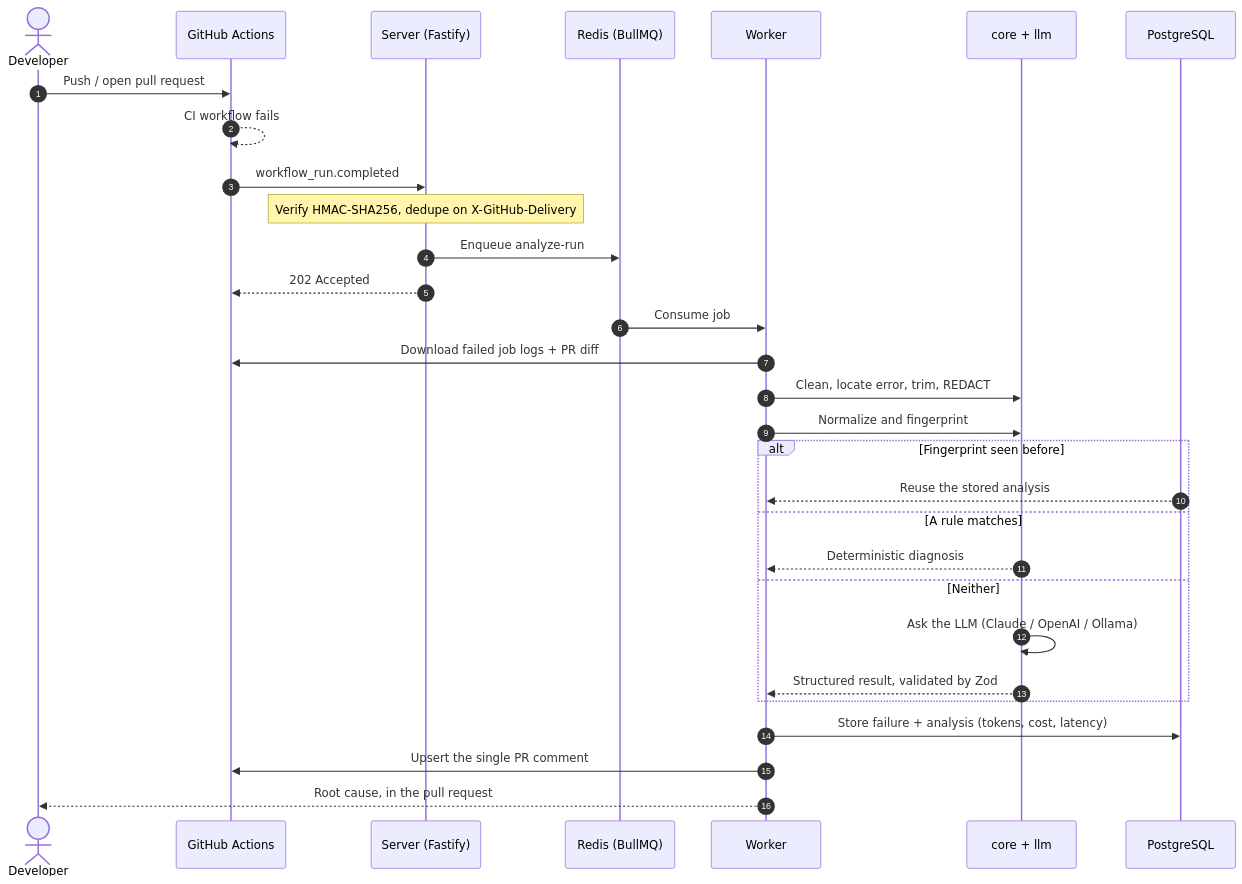
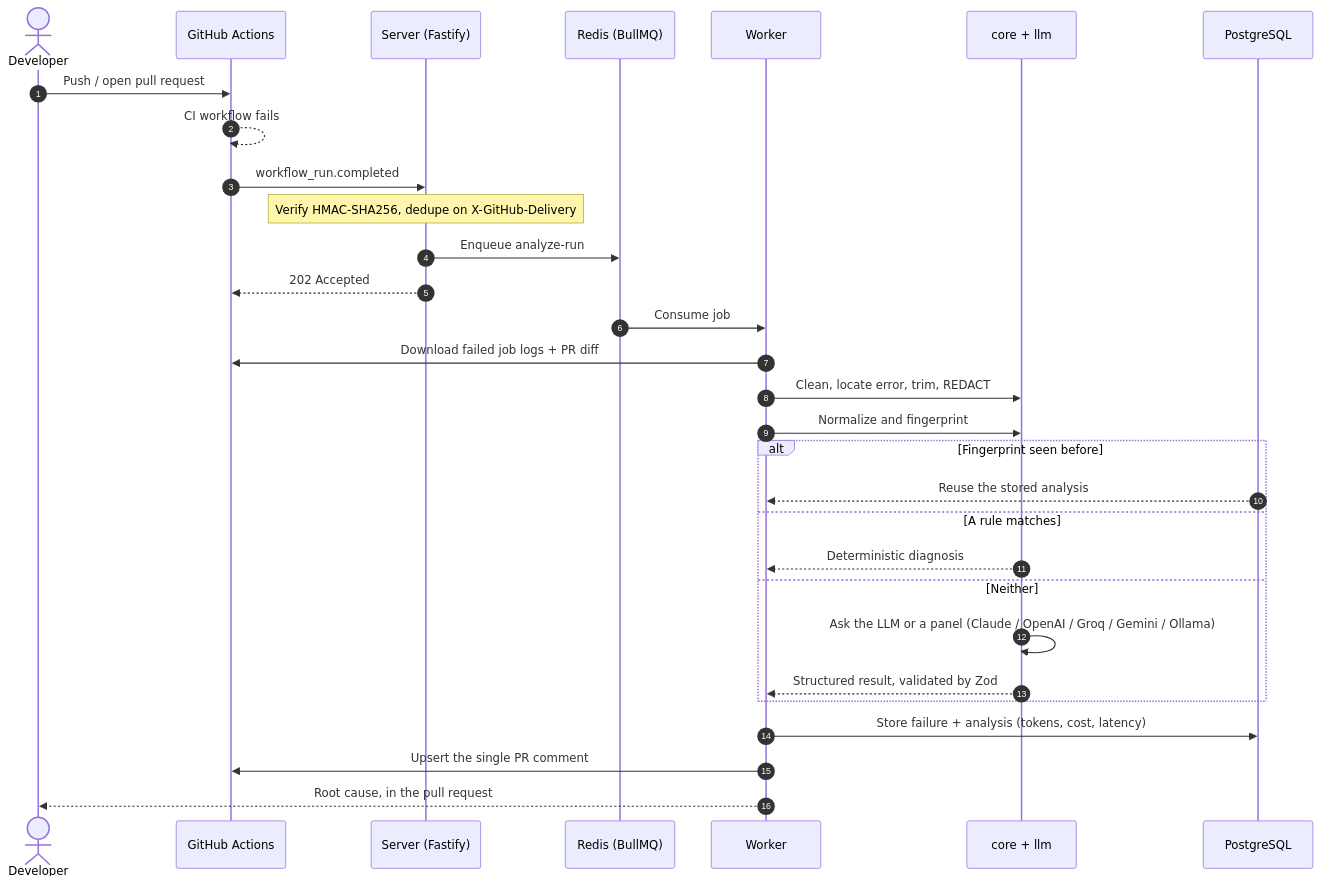
One commit to hsanjebri/Logsy changed the diagram in README.md. Above: the diagram before and after it, drawn with Mermaid. The commit also changed other lines of this file and 7 other files, not shown here.

````diff
--- a/README.md
+++ b/README.md
@@ -100,36 +103,36 @@
 ```mermaid
 sequenceDiagram
     autonumber
     actor Dev as Developer
     participant GH as GitHub Actions
     participant API as Server (Fastify)
     participant Queue as Redis (BullMQ)
     participant Worker as Worker
     participant Engine as core + llm
     participant DB as PostgreSQL
 
     Dev->>GH: Push / open pull request
     GH-->>GH: CI workflow fails
     GH->>API: workflow_run.completed
     Note over API: Verify HMAC-SHA256, dedupe on X-GitHub-Delivery
     API->>Queue: Enqueue analyze-run
     API-->>GH: 202 Accepted
 
     Queue->>Worker: Consume job
     Worker->>GH: Download failed job logs + PR diff
     Worker->>Engine: Clean, locate error, trim, REDACT
     Worker->>Engine: Normalize and fingerprint
 
     alt Fingerprint seen before
         DB-->>Worker: Reuse the stored analysis
     else A rule matches
         Engine-->>Worker: Deterministic diagnosis
     else Neither
-        Engine->>Engine: Ask the LLM (Claude / OpenAI / Ollama)
+        Engine->>Engine: Ask the LLM or a panel (Claude / OpenAI / Groq / Gemini / Ollama)
         Engine-->>Worker: Structured result, validated by Zod
     end
 
     Worker->>DB: Store failure + analysis (tokens, cost, latency)
     Worker->>GH: Upsert the single PR comment
     Worker-->>Dev: Root cause, in the pull request
 ```
````
